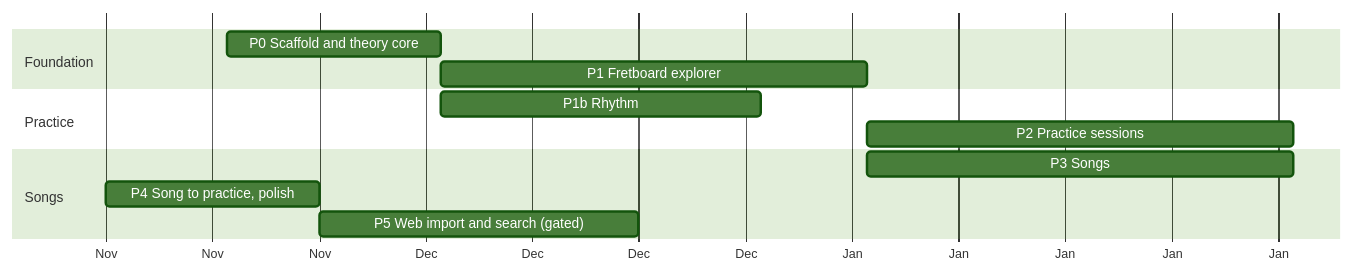
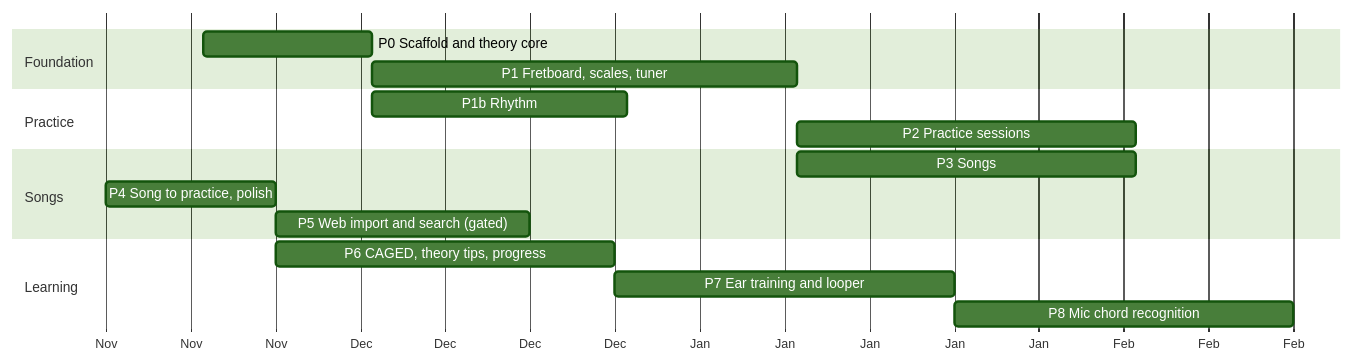
One commit to stainedhead/mackey-guitar-tutor changed the diagram in docs/roadmap.md. Above: the diagram before and after it, drawn with Mermaid (forest theme). The commit also changed other lines of this file and 5 other files, not shown here.

First line of the commit message:
docs: add tuner, scales overlay, tunings, CAGED maps, theory tips, progress, ear training, looper and mic recognition

````diff
--- a/docs/roadmap.md
+++ b/docs/roadmap.md
@@ -5,15 +5,19 @@
 ```mermaid
 gantt
     dateFormat YYYY-MM-DD
     axisFormat %b
     section Foundation
     P0 Scaffold and theory core     :p0, 2026-11-23, 2w
-    P1 Fretboard explorer           :p1, after p0, 4w
+    P1 Fretboard, scales, tuner     :p1, after p0, 5w
     section Practice
     P1b Rhythm: metronome and drums :p1b, after p0, 3w
     P2 Practice sessions            :p2, after p1, 4w
     section Songs
     P3 Songs: paste and ChordPro    :p3, after p1, 4w
     P4 Song to practice, polish     :p4, after p3, 2w
     P5 Web import and search (gated):p5, after p4, 3w
+    section Learning
+    P6 CAGED, theory tips, progress :p6, after p4, 4w
+    P7 Ear training and looper      :p7, after p6, 4w
+    P8 Mic chord recognition        :p8, after p7, 4w
 ```
````
